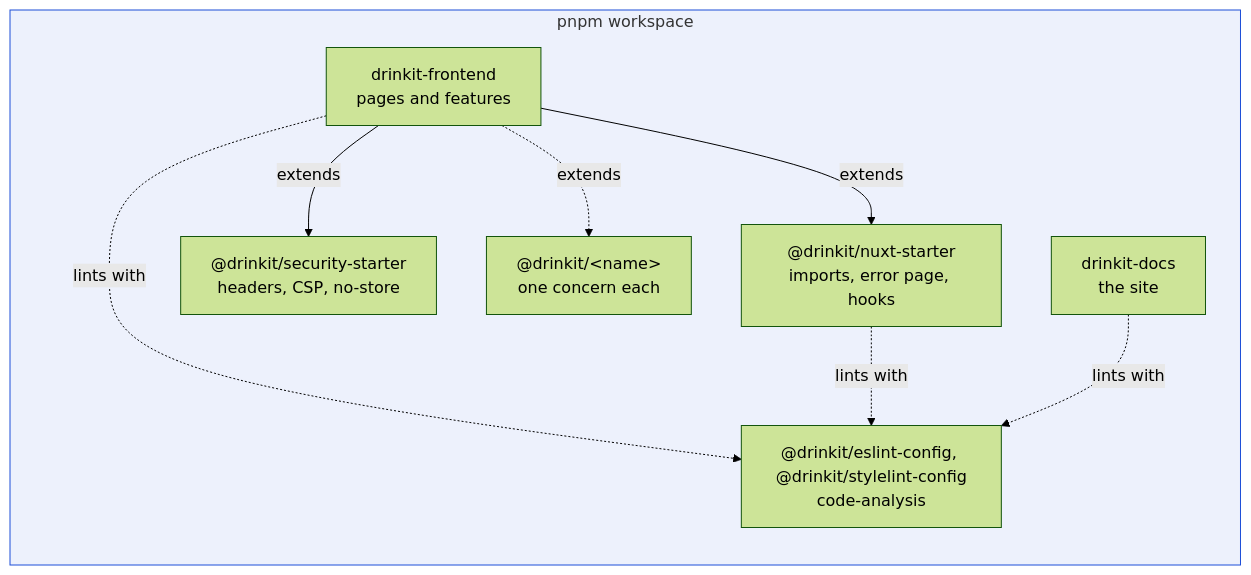
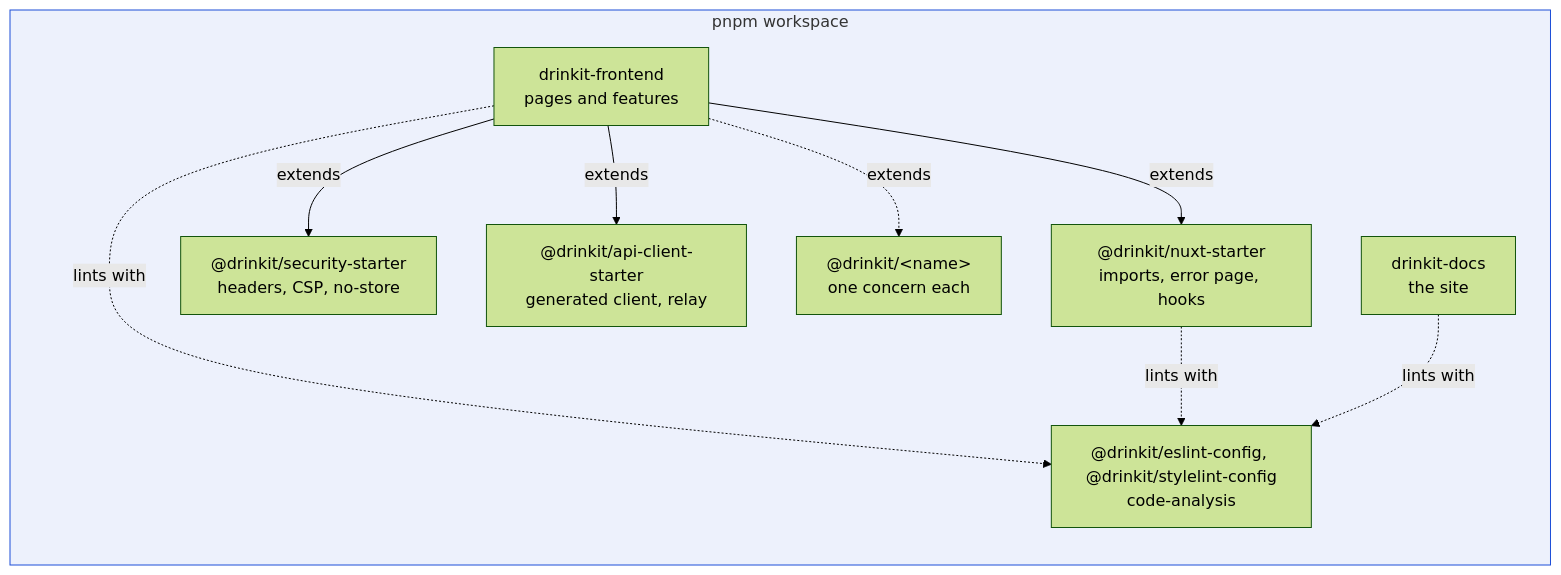
The first of 3 diagrams in docs/content/en/1.engineering/2.architecture/7.frontend-architecture.md (mboisnard/drinkit), drawn with Mermaid (forest theme) before and after one commit. The commit also changed other lines of this file and 10 other files, not shown here.

First line of the commit message:
[DOCUMENTATION] Record the choice of Hey API and how the Nuxt app calls the API (#676)

````diff
--- a/docs/content/en/1.engineering/2.architecture/7.frontend-architecture.md
+++ b/docs/content/en/1.engineering/2.architecture/7.frontend-architecture.md
@@ -19,18 +19,20 @@
 ```mermaid
 flowchart LR
   subgraph workspace["pnpm workspace"]
     app["drinkit-frontend<br/>pages and features"]
     nuxt["@drinkit/nuxt-starter<br/>imports, error page, hooks"]
     security["@drinkit/security-starter<br/>headers, CSP, no-store"]
+    api["@drinkit/api-client-starter<br/>generated client, relay"]
     other["@drinkit/&lt;name&gt;<br/>one concern each"]
     docs["drinkit-docs<br/>the site"]
     lint["@drinkit/eslint-config, @drinkit/stylelint-config<br/>code-analysis"]
   end
   app -- "extends" --> nuxt
   app -- "extends" --> security
+  app -- "extends" --> api
   app -. "extends" .-> other
   app -. "lints with" .-> lint
   nuxt -. "lints with" .-> lint
   docs -. "lints with" .-> lint
   style workspace fill:#1d4ed814,stroke:#1d4ed8
 ```
````
